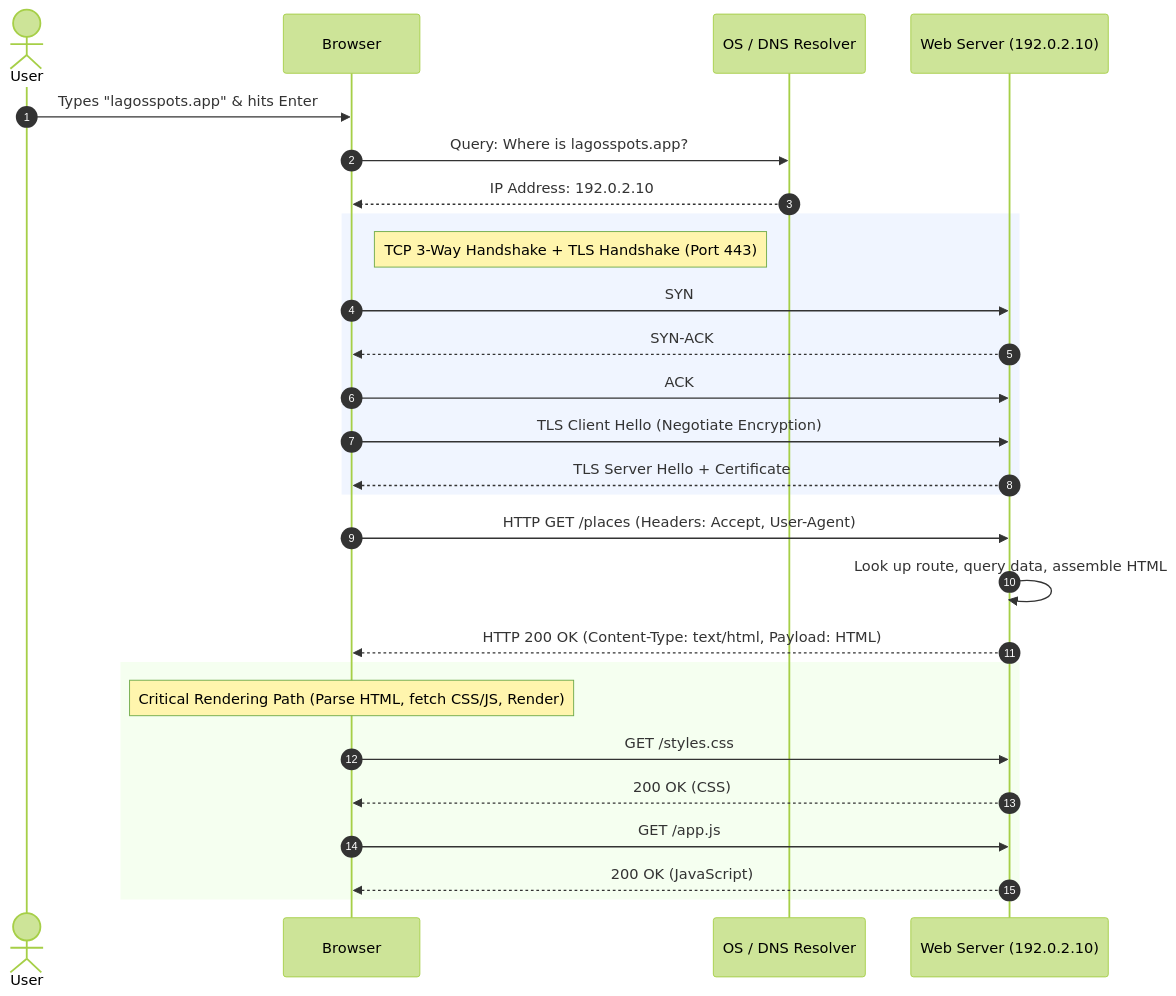
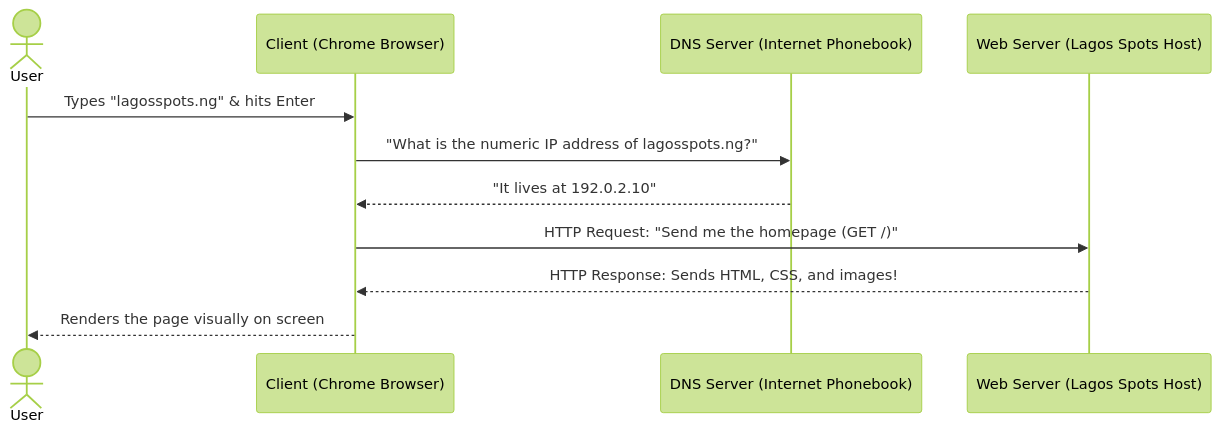
The second of 4 diagrams in full_stack_development_class_notes/Week 1_ Dev Environment, Git & How the Web Works.md (ajibolagenius/LagosDataSchool), drawn with Mermaid (forest theme) before and after one commit. The commit also changed other lines of this file and 20 other files, not shown here.

````diff
--- a/full_stack_development_class_notes/Week 1_ Dev Environment, Git & How the Web Works.md
+++ b/full_stack_development_class_notes/Week 1_ Dev Environment, Git & How the Web Works.md
@@ -57,33 +40,14 @@
 ```mermaid
 sequenceDiagram
-    autonumber
     actor User
-    participant Browser
-    participant OS_DNS as OS / DNS Resolver
-    participant Server as Web Server (192.0.2.10)
+    participant Browser as Client (Chrome Browser)
+    participant DNS as DNS Server (Internet Phonebook)
+    participant Server as Web Server (Lagos Spots Host)
 
-    User->>Browser: Types "lagosspots.app" & hits Enter
-    Browser->>OS_DNS: Query: Where is lagosspots.app?
-    OS_DNS-->>Browser: IP Address: 192.0.2.10
-    
-    rect rgb(240, 245, 255)
-        note right of Browser: TCP 3-Way Handshake + TLS Handshake (Port 443)
-        Browser->>Server: SYN
-        Server-->>Browser: SYN-ACK
-        Browser->>Server: ACK
-        Browser->>Server: TLS Client Hello (Negotiate Encryption)
-        Server-->>Browser: TLS Server Hello + Certificate
-    end
-
-    Browser->>Server: HTTP GET /places (Headers: Accept, User-Agent)
-    Server->>Server: Look up route, query data, assemble HTML
-    Server-->>Browser: HTTP 200 OK (Content-Type: text/html, Payload: HTML)
-    
-    rect rgb(245, 255, 240)
-        note over Browser: Critical Rendering Path (Parse HTML, fetch CSS/JS, Render)
-        Browser->>Server: GET /styles.css
-        Server-->>Browser: 200 OK (CSS)
-        Browser->>Server: GET /app.js
-        Server-->>Browser: 200 OK (JavaScript)
-    end
+    User->>Browser: Types "lagosspots.ng" & hits Enter
+    Browser->>DNS: "What is the numeric IP address of lagosspots.ng?"
+    DNS-->>Browser: "It lives at 192.0.2.10"
+    Browser->>Server: HTTP Request: "Send me the homepage (GET /)"
+    Server-->>Browser: HTTP Response: Sends HTML, CSS, and images!
+    Browser-->>User: Renders the page visually on screen
 ```
````
